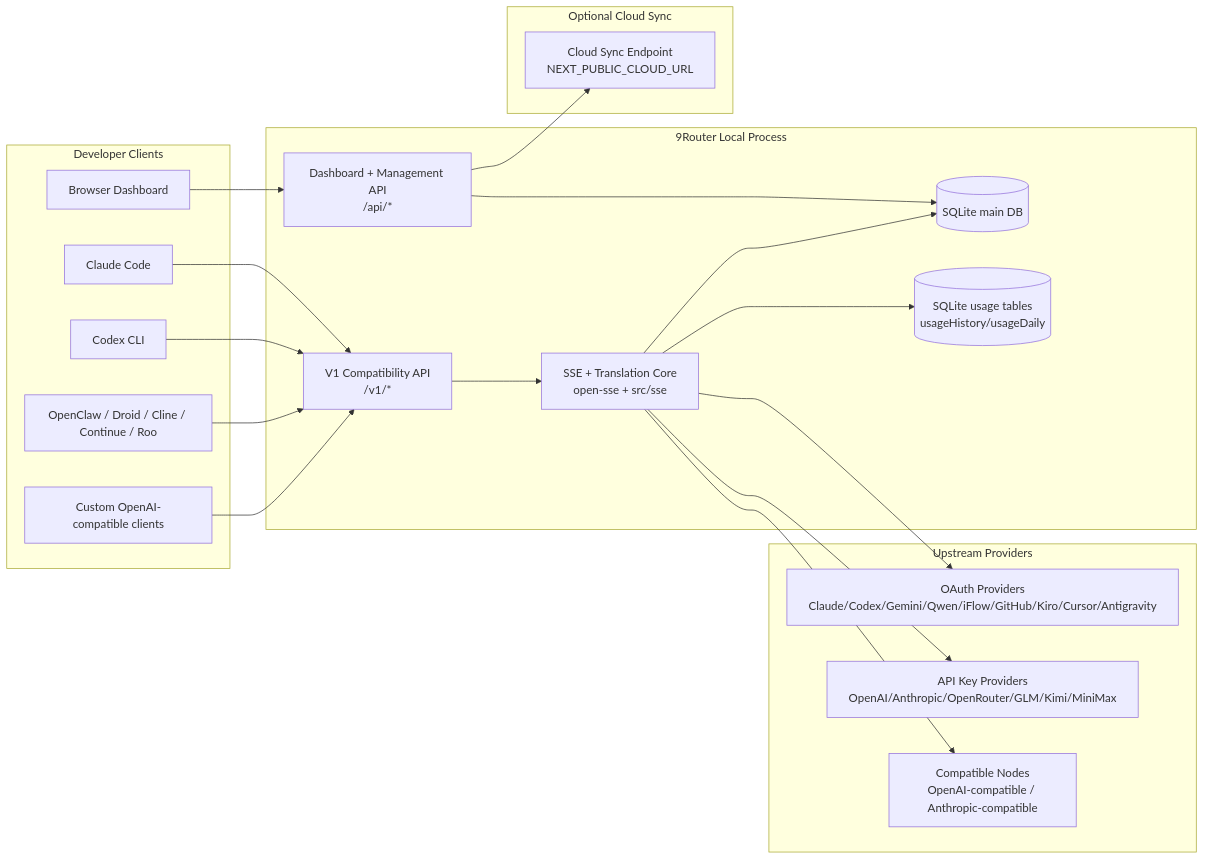
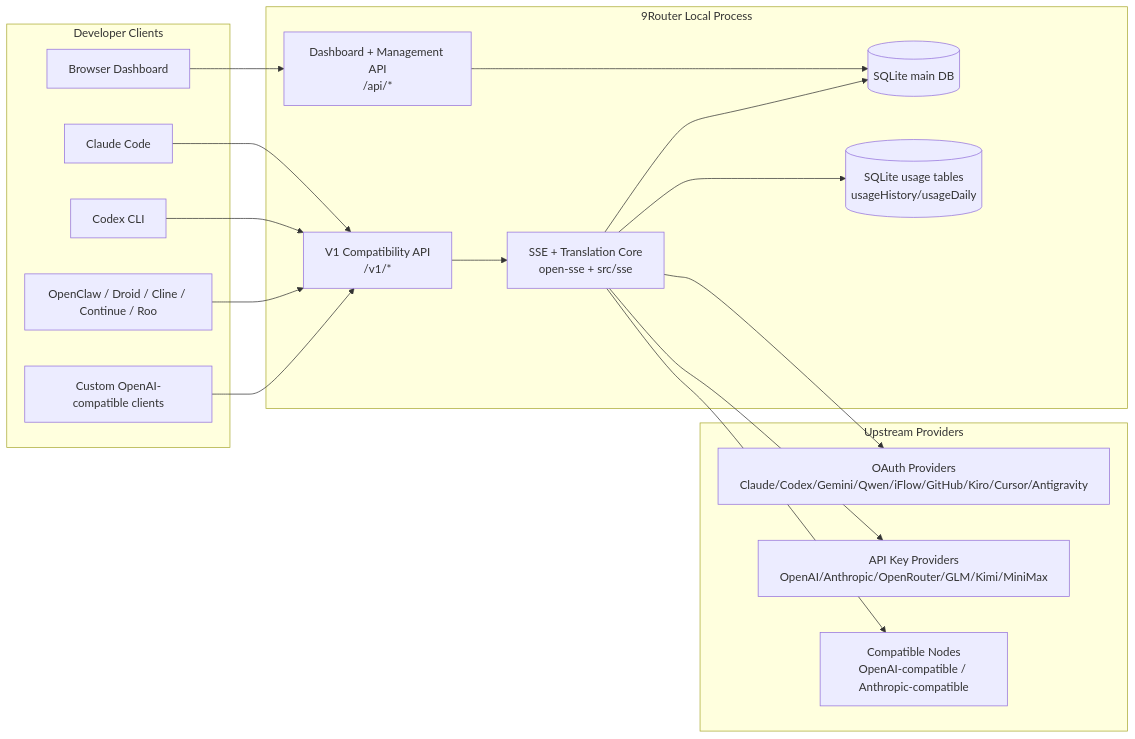
Before and after one commit to totalwindupflightsystems/9router: the first of 6 diagrams in docs/ARCHITECTURE.md, drawn with Mermaid. The commit also changed other lines of this file and 3 other files, not shown here.

Commit message:
docs: remove stale cloud-sync references (DOC-1)

````diff
--- a/docs/ARCHITECTURE.md
+++ b/docs/ARCHITECTURE.md
@@ -45,45 +42,40 @@
 ```mermaid
 flowchart LR
     subgraph Clients[Developer Clients]
         C1[Claude Code]
         C2[Codex CLI]
         C3[OpenClaw / Droid / Cline / Continue / Roo]
         C4[Custom OpenAI-compatible clients]
         BROWSER[Browser Dashboard]
     end
 
     subgraph Router[9Router Local Process]
         API[V1 Compatibility API\n/v1/*]
         DASH[Dashboard + Management API\n/api/*]
         CORE[SSE + Translation Core\nopen-sse + src/sse]
         DB[(SQLite main DB)]
         UDB[(SQLite usage tables\nusageHistory/usageDaily)]
     end
 
     subgraph Upstreams[Upstream Providers]
         P1[OAuth Providers\nClaude/Codex/Gemini/Qwen/iFlow/GitHub/Kiro/Cursor/Antigravity]
         P2[API Key Providers\nOpenAI/Anthropic/OpenRouter/GLM/Kimi/MiniMax]
         P3[Compatible Nodes\nOpenAI-compatible / Anthropic-compatible]
     end
 
-    subgraph Cloud[Optional Cloud Sync]
-        CLOUD[Cloud Sync Endpoint\nNEXT_PUBLIC_CLOUD_URL]
-    end
-
     C1 --> API
     C2 --> API
     C3 --> API
     C4 --> API
     BROWSER --> DASH
 
     API --> CORE
     DASH --> DB
     CORE --> DB
     CORE --> UDB
 
     CORE --> P1
     CORE --> P2
     CORE --> P3
 
-    DASH --> CLOUD
 ```
````
